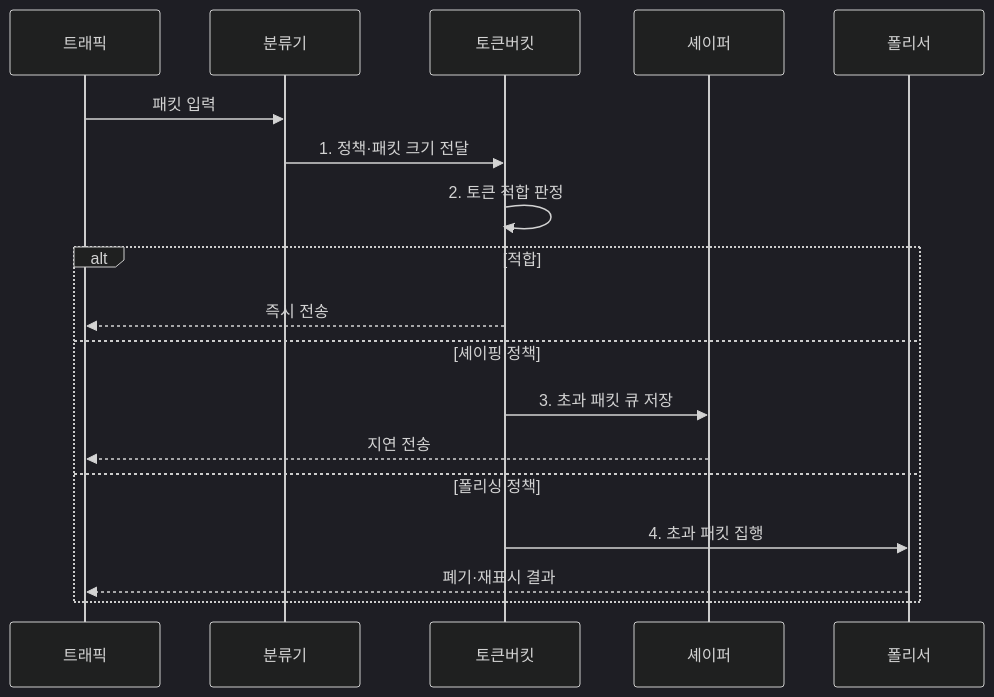
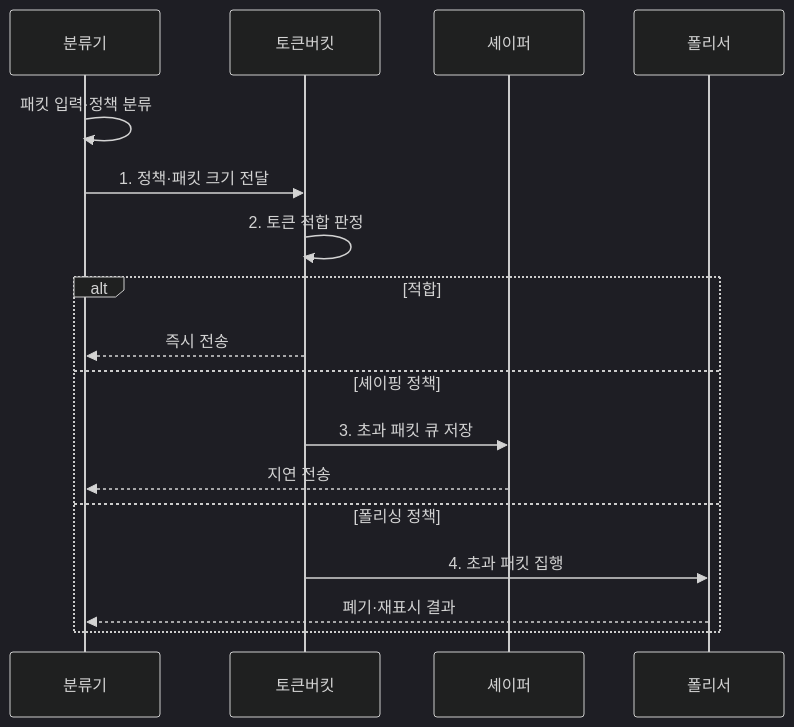
Before and after one commit to agnusdei1207/knowledge-base: the second of 2 diagrams in src/content/docs/notes/04-network/073_traffic_shaping_policing.md, drawn with Mermaid (dark theme). The commit also changed 3 other files, not shown here.

Commit message:
Remove nonactor network flow roles

````diff
--- a/src/content/docs/notes/04-network/073_traffic_shaping_policing.md
+++ b/src/content/docs/notes/04-network/073_traffic_shaping_policing.md
@@ -95,20 +95,19 @@
 ```mermaid
 sequenceDiagram
-    participant 트래픽
     participant 분류기
     participant 토큰버킷
     participant 셰이퍼
     participant 폴리서
-    트래픽->>분류기: 패킷 입력
+    분류기->>분류기: 패킷 입력·정책 분류
     분류기->>토큰버킷: 1. 정책·패킷 크기 전달
     토큰버킷->>토큰버킷: 2. 토큰 적합 판정
     alt 적합
-        토큰버킷-->>트래픽: 즉시 전송
+        토큰버킷-->>분류기: 즉시 전송
     else 셰이핑 정책
         토큰버킷->>셰이퍼: 3. 초과 패킷 큐 저장
-        셰이퍼-->>트래픽: 지연 전송
+        셰이퍼-->>분류기: 지연 전송
     else 폴리싱 정책
         토큰버킷->>폴리서: 4. 초과 패킷 집행
-        폴리서-->>트래픽: 폐기·재표시 결과
+        폴리서-->>분류기: 폐기·재표시 결과
     end
 ```
````
